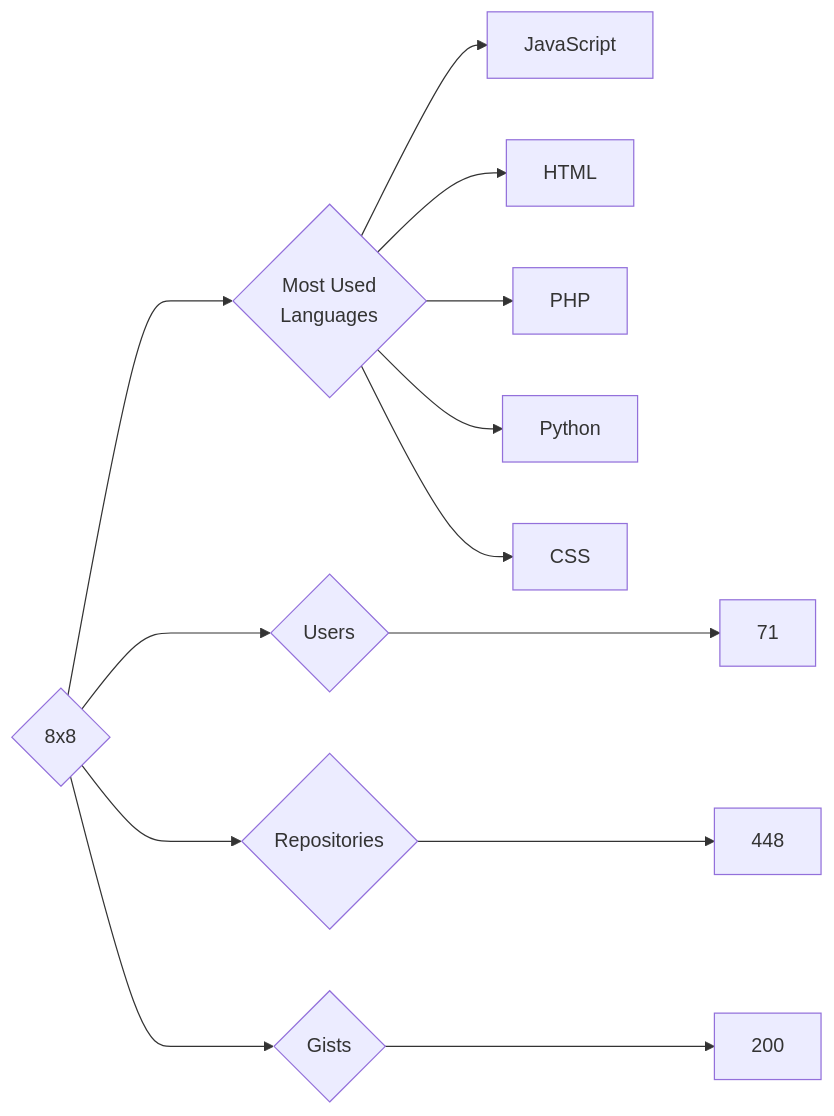
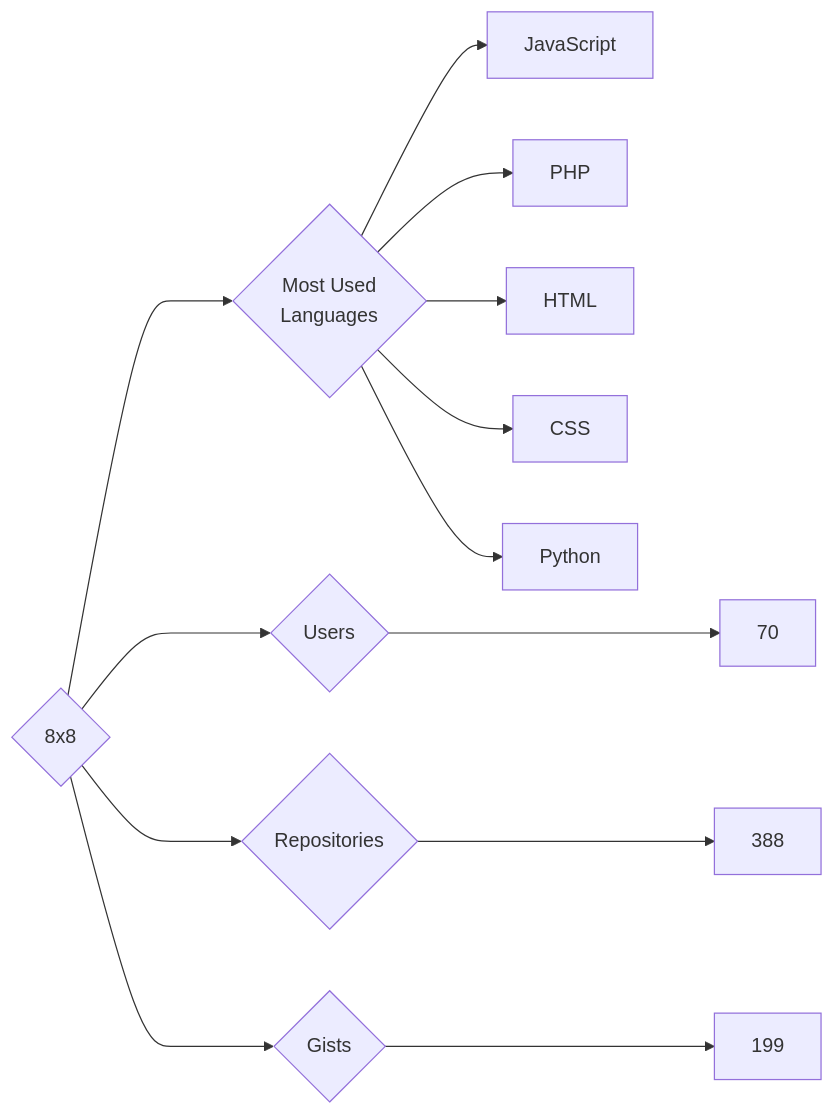
Before and after one commit to trickest/insiders: the diagram in targets/8x8/README.md, drawn with Mermaid. The commit also changed 865 other files, not shown here.

````diff
--- a/targets/8x8/README.md
+++ b/targets/8x8/README.md
@@ -3,13 +3,13 @@
 ```mermaid
 graph LR
 COMPANY_NAME{8x8}
-COMPANY_NAME ---> U{Users} ---> UN[71]
-COMPANY_NAME ---> R{Repositories} ---> RN[448]
-COMPANY_NAME ---> G{Gists} ---> GN[200]
+COMPANY_NAME ---> U{Users} ---> UN[70]
+COMPANY_NAME ---> R{Repositories} ---> RN[388]
+COMPANY_NAME ---> G{Gists} ---> GN[199]
 COMPANY_NAME ---> ML{Most Used<br>Languages}
 ML --> JavaScript[JavaScript]
+ML --> PHP[PHP]
 ML --> HTML[HTML]
-ML --> PHP[PHP]
+ML --> CSS[CSS]
 ML --> Python[Python]
-ML --> CSS[CSS]
 ```
````
